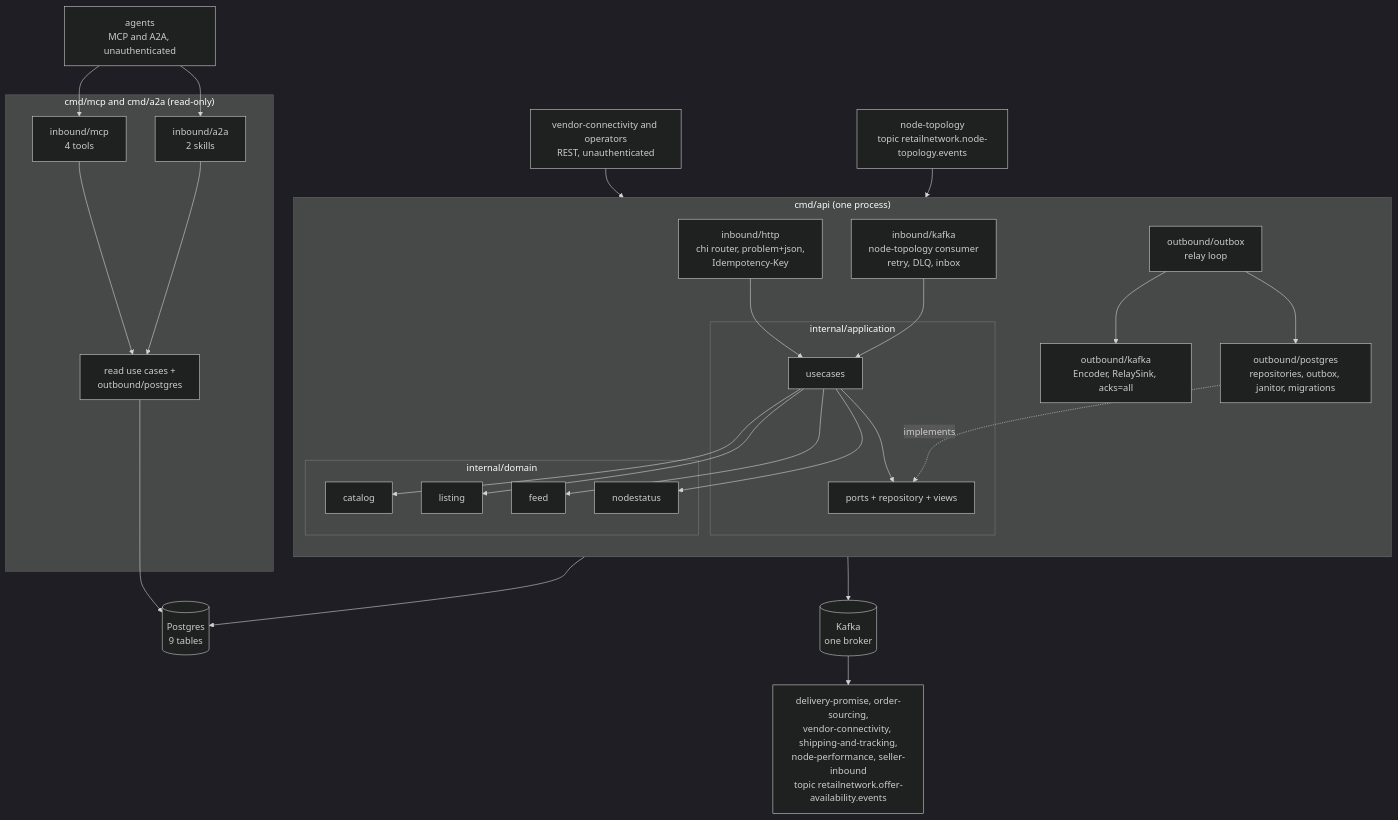
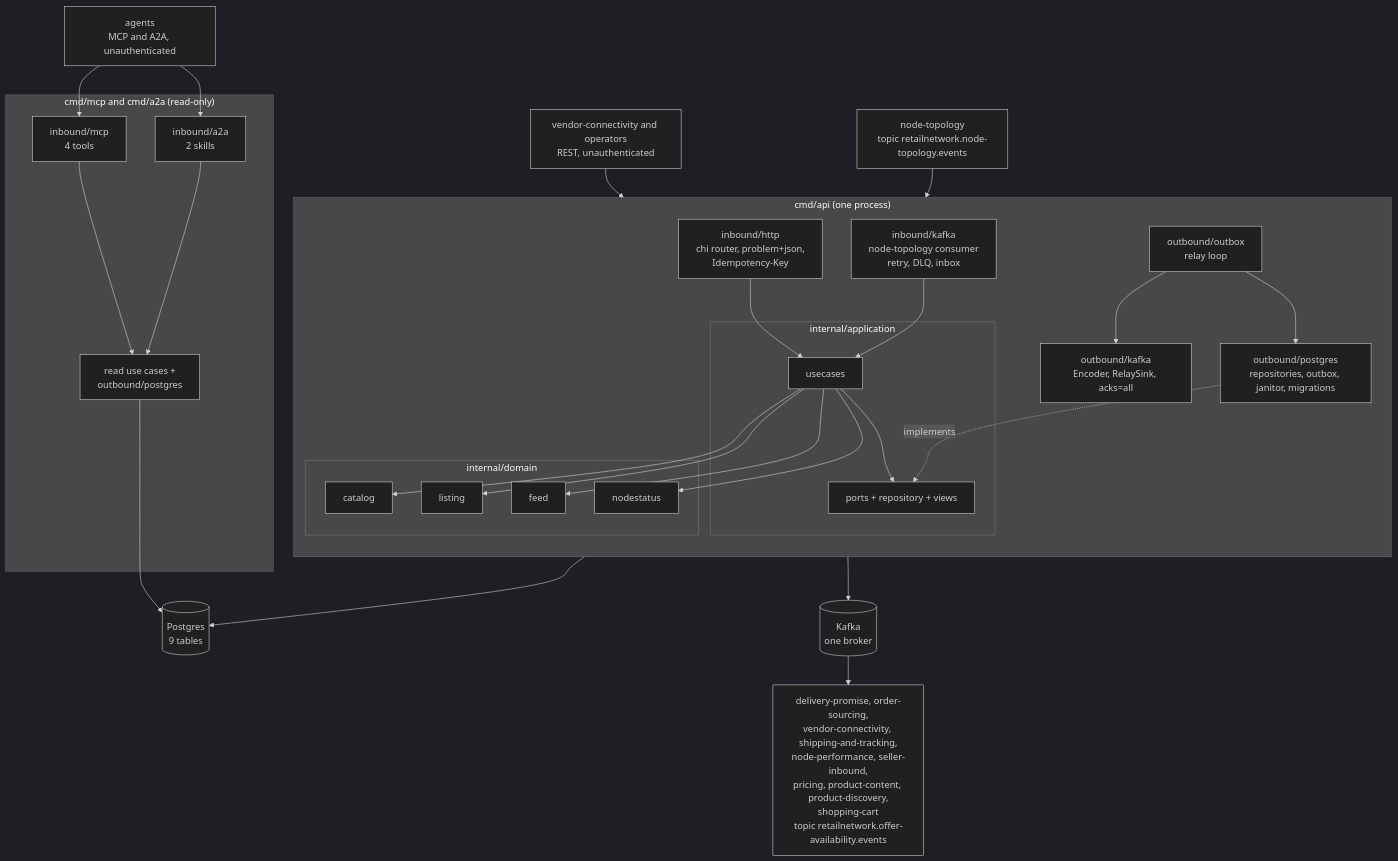
One commit to IQVO/offer-availability changed the diagram in docs/docs/overview/architecture.md. Above: the diagram before and after it, drawn with Mermaid (dark theme). The commit also changed 15 other files, not shown here.

Commit message:
docs(offer-availability): reconcile consumer lists, suppression inputs and ADR state with the code

````diff
--- a/docs/docs/overview/architecture.md
+++ b/docs/docs/overview/architecture.md
@@ -54,52 +54,52 @@
 ```mermaid
 flowchart TB
     NT["node-topology<br/>topic retailnetwork.node-topology.events"]
     VC["vendor-connectivity and operators<br/>REST, unauthenticated"]
     AG["agents<br/>MCP and A2A, unauthenticated"]
-    DOWN["delivery-promise, order-sourcing,<br/>vendor-connectivity, shipping-and-tracking,<br/>node-performance, seller-inbound<br/>topic retailnetwork.offer-availability.events"]
+    DOWN["delivery-promise, order-sourcing,<br/>vendor-connectivity, shipping-and-tracking,<br/>node-performance, seller-inbound,<br/>pricing, product-content, product-discovery,<br/>shopping-cart<br/>topic retailnetwork.offer-availability.events"]
     subgraph api["cmd/api (one process)"]
         direction TB
         http["inbound/http<br/>chi router, problem+json,<br/>Idempotency-Key"]
         kin["inbound/kafka<br/>node-topology consumer<br/>retry, DLQ, inbox"]
         subgraph app["internal/application"]
             uc["usecases"]
             ports["ports + repository + views"]
         end
         subgraph dom["internal/domain"]
             cat["catalog"]
             lst["listing"]
             fd["feed"]
             ns["nodestatus"]
         end
         pgad["outbound/postgres<br/>repositories, outbox, janitor, migrations"]
         relay["outbound/outbox<br/>relay loop"]
         kout["outbound/kafka<br/>Encoder, RelaySink, acks=all"]
     end
     subgraph ro["cmd/mcp and cmd/a2a (read-only)"]
         mcp["inbound/mcp<br/>4 tools"]
         a2a["inbound/a2a<br/>2 skills"]
         rd["read use cases +<br/>outbound/postgres"]
     end
     PG[("Postgres<br/>9 tables")]
     KB[("Kafka<br/>one broker")]
     VC --> http
     AG --> mcp
     AG --> a2a
     NT --> kin
     http --> uc
     kin --> uc
     uc --> ports
     uc --> cat
     uc --> lst
     uc --> fd
     uc --> ns
     pgad -. implements .-> ports
     pgad --> PG
     relay --> pgad
     relay --> kout
     kout --> KB
     KB --> DOWN
     mcp --> rd
     a2a --> rd
     rd --> PG
 ```
````
